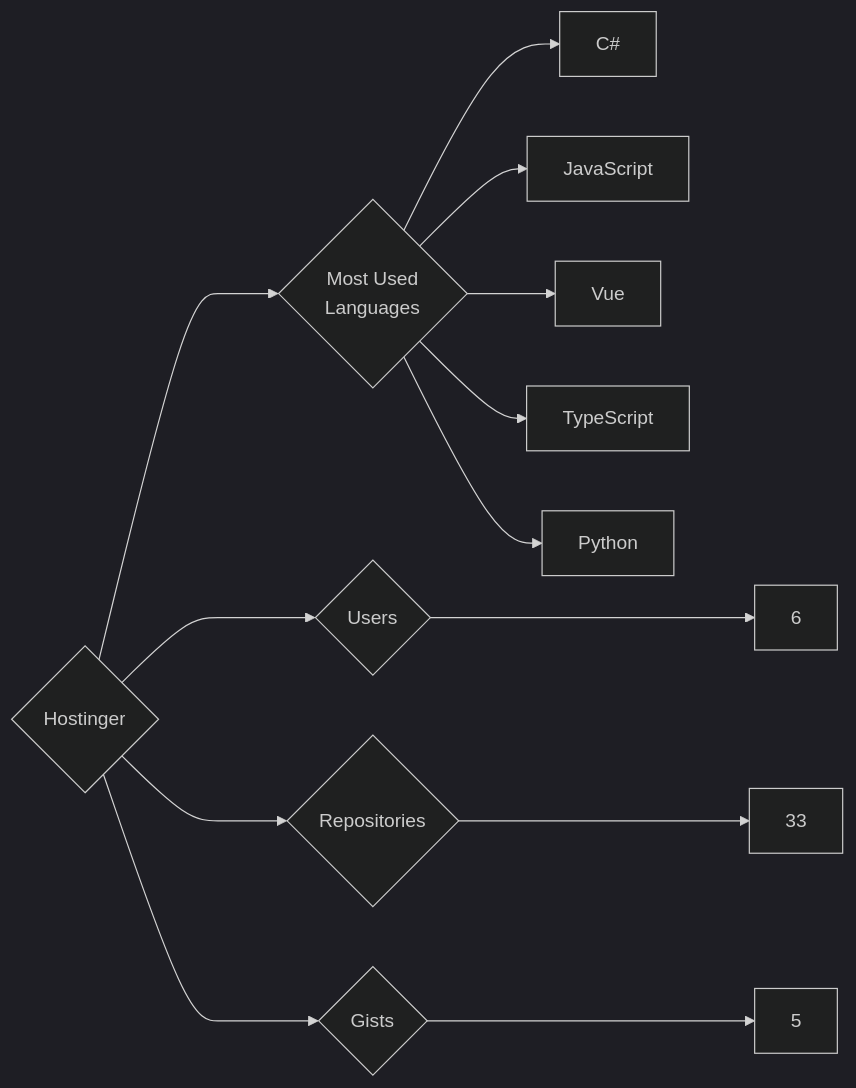
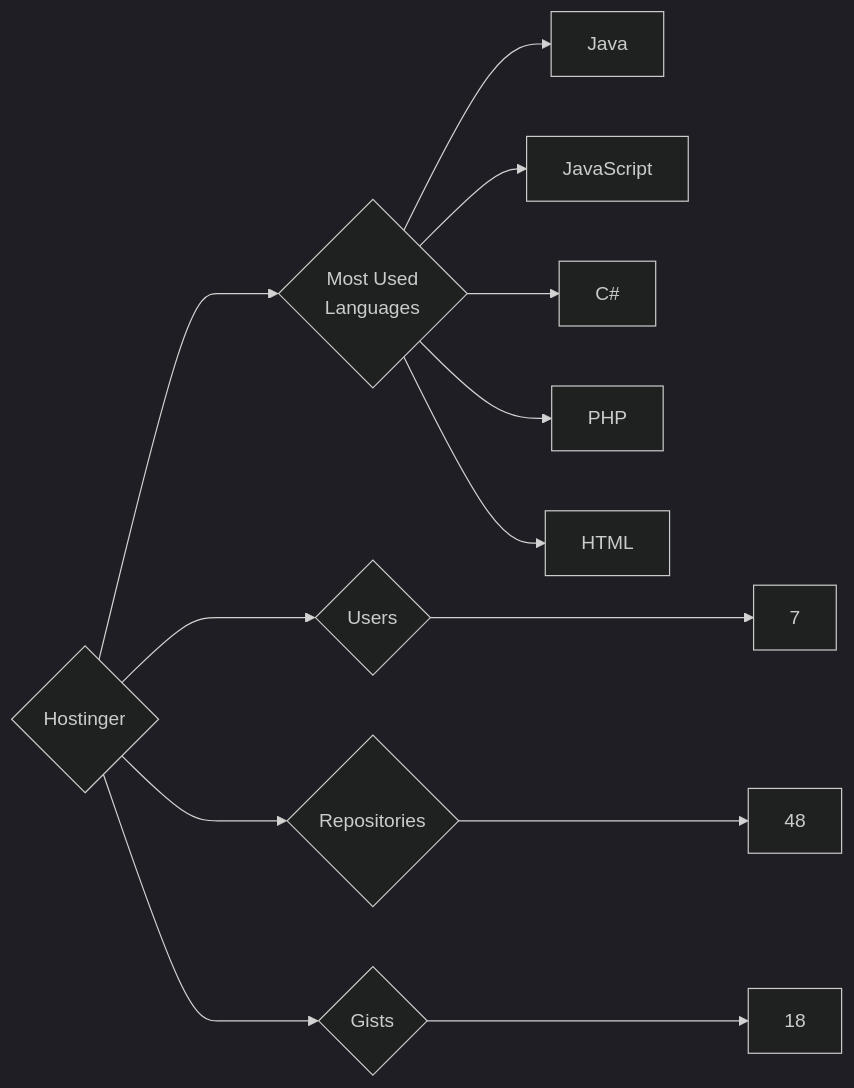
The diagram in targets/Hostinger/README.md (trickest/insiders), drawn with Mermaid (dark theme) before and after one commit. The commit also changed 1078 other files, not shown here.

````diff
--- a/targets/Hostinger/README.md
+++ b/targets/Hostinger/README.md
@@ -3,13 +3,13 @@
 ```mermaid
 graph LR
 COMPANY_NAME{Hostinger}
-COMPANY_NAME ---> U{Users} ---> UN[6]
-COMPANY_NAME ---> R{Repositories} ---> RN[33]
-COMPANY_NAME ---> G{Gists} ---> GN[5]
+COMPANY_NAME ---> U{Users} ---> UN[7]
+COMPANY_NAME ---> R{Repositories} ---> RN[48]
+COMPANY_NAME ---> G{Gists} ---> GN[18]
 COMPANY_NAME ---> ML{Most Used<br>Languages}
+ML --> Java[Java]
+ML --> JavaScript[JavaScript]
 ML --> C#[C#]
-ML --> JavaScript[JavaScript]
-ML --> Vue[Vue]
-ML --> TypeScript[TypeScript]
-ML --> Python[Python]
+ML --> PHP[PHP]
+ML --> HTML[HTML]
 ```
````
